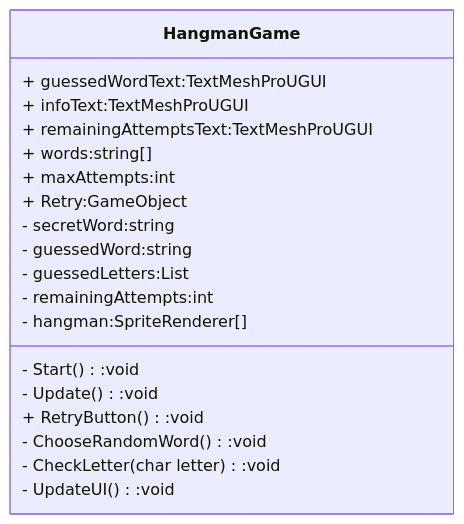
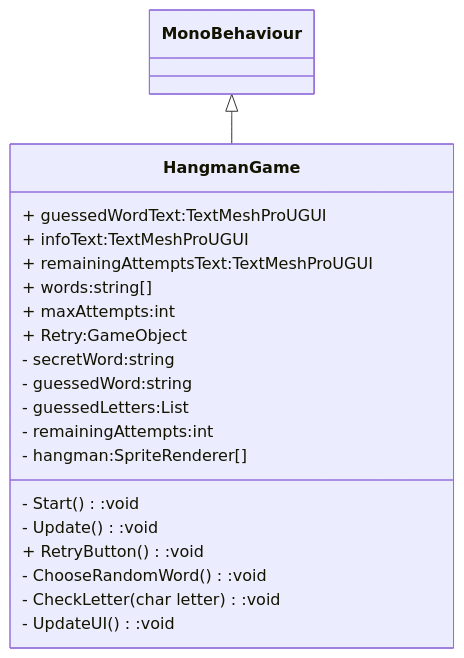
Before and after one commit to 4ahmns-sosem-2324/02-Hangman-cdoll: the diagram in README.md, drawn with Mermaid.

````diff
--- a/README.md
+++ b/README.md
@@ -2,22 +2,23 @@
 ``` mermaid
 classDiagram
+    MonoBehaviour <|-- HangmanGame
     class HangmanGame {
 	+ guessedWordText:TextMeshProUGUI
 	+ infoText:TextMeshProUGUI
 	+ remainingAttemptsText:TextMeshProUGUI
         + words:string[]
         + maxAttempts:int
 	+ Retry:GameObject
         - secretWord:string
         - guessedWord:string
         - guessedLetters:List<char>
         - remainingAttempts:int
         - hangman:SpriteRenderer[]
         - Start():void
         - Update():void
         + RetryButton():void
         - ChooseRandomWord():void
         - CheckLetter(char letter):void
         - UpdateUI():void
     }
 ```
````
